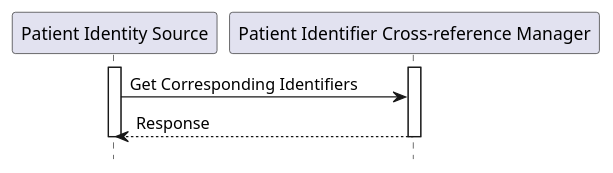
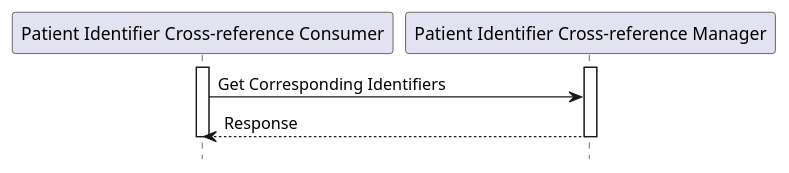
Before and after one commit to IHE/ITI.PIXm: the diagram in input/images-source/ITI-83-seq.plantuml, drawn with PlantUML. The commit also changed 3 other files, not shown here.

```diff
--- a/input/images-source/ITI-83-seq.plantuml
+++ b/input/images-source/ITI-83-seq.plantuml
@@ -1,11 +1,11 @@
 @startuml
 hide footbox
-participant "Patient Identity Source" as PatientIdentitySource
+participant "Patient Identifier Cross-reference Consumer" as PatientIdentifierCrossReferenceConsumer
 participant "Patient Identifier Cross-reference Manager" as PatientIdentifierCrossReferenceManager
-activate "PatientIdentitySource"
+activate "PatientIdentifierCrossReferenceConsumer"
 activate "PatientIdentifierCrossReferenceManager"
-"PatientIdentitySource" -> "PatientIdentifierCrossReferenceManager" : Get Corresponding Identifiers
-"PatientIdentifierCrossReferenceManager" --> "PatientIdentitySource" : Response
-deactivate "PatientIdentitySource"
+"PatientIdentifierCrossReferenceConsumer" -> "PatientIdentifierCrossReferenceManager" : Get Corresponding Identifiers
+"PatientIdentifierCrossReferenceManager" --> "PatientIdentifierCrossReferenceConsumer" : Response
+deactivate "PatientIdentifierCrossReferenceConsumer"
 deactivate "PatientIdentifierCrossReferenceManager"
 @enduml
```
